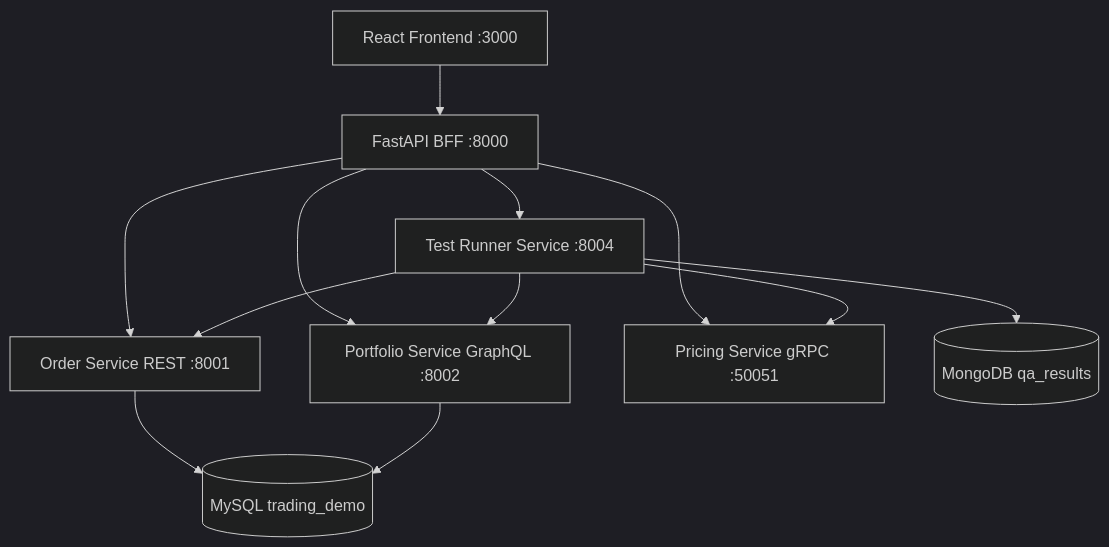
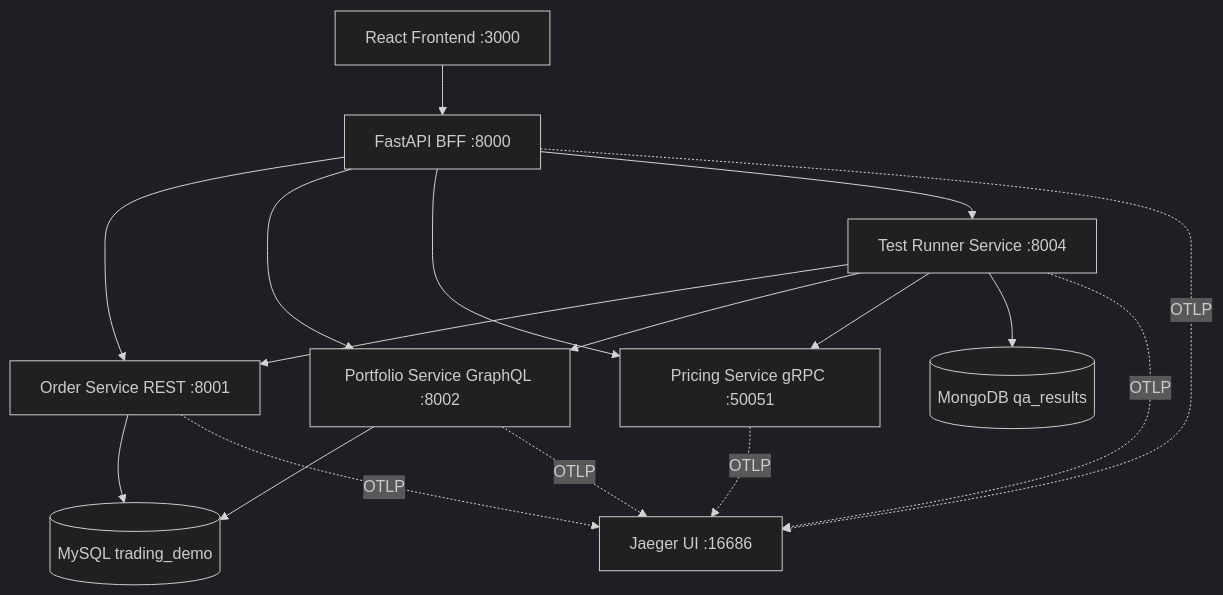
Before and after one commit to xxztony/APITestSharingDemo: the diagram in README.md, drawn with Mermaid (dark theme). The commit also changed other lines of this file and 18 other files, not shown here.

````diff
--- a/README.md
+++ b/README.md
@@ -9,14 +9,19 @@
 ```mermaid
 flowchart TD
   Frontend["React Frontend :3000"] --> BFF["FastAPI BFF :8000"]
   BFF --> Orders["Order Service REST :8001"]
   BFF --> Portfolio["Portfolio Service GraphQL :8002"]
   BFF --> Pricing["Pricing Service gRPC :50051"]
   BFF --> Runner["Test Runner Service :8004"]
   Runner --> Orders
   Runner --> Portfolio
   Runner --> Pricing
   Orders --> MySQL[("MySQL trading_demo")]
   Portfolio --> MySQL
   Runner --> Mongo[("MongoDB qa_results")]
+  BFF -. OTLP .-> Jaeger["Jaeger UI :16686"]
+  Orders -. OTLP .-> Jaeger
+  Portfolio -. OTLP .-> Jaeger
+  Pricing -. OTLP .-> Jaeger
+  Runner -. OTLP .-> Jaeger
 ```
````
